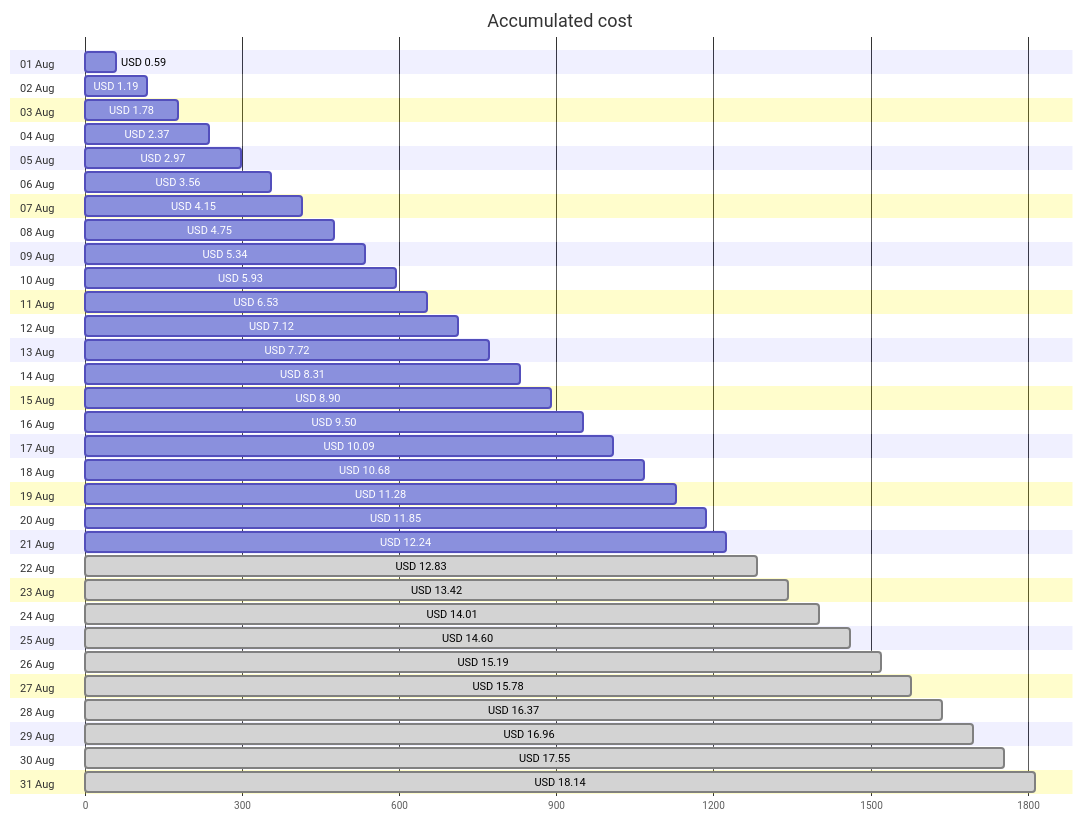
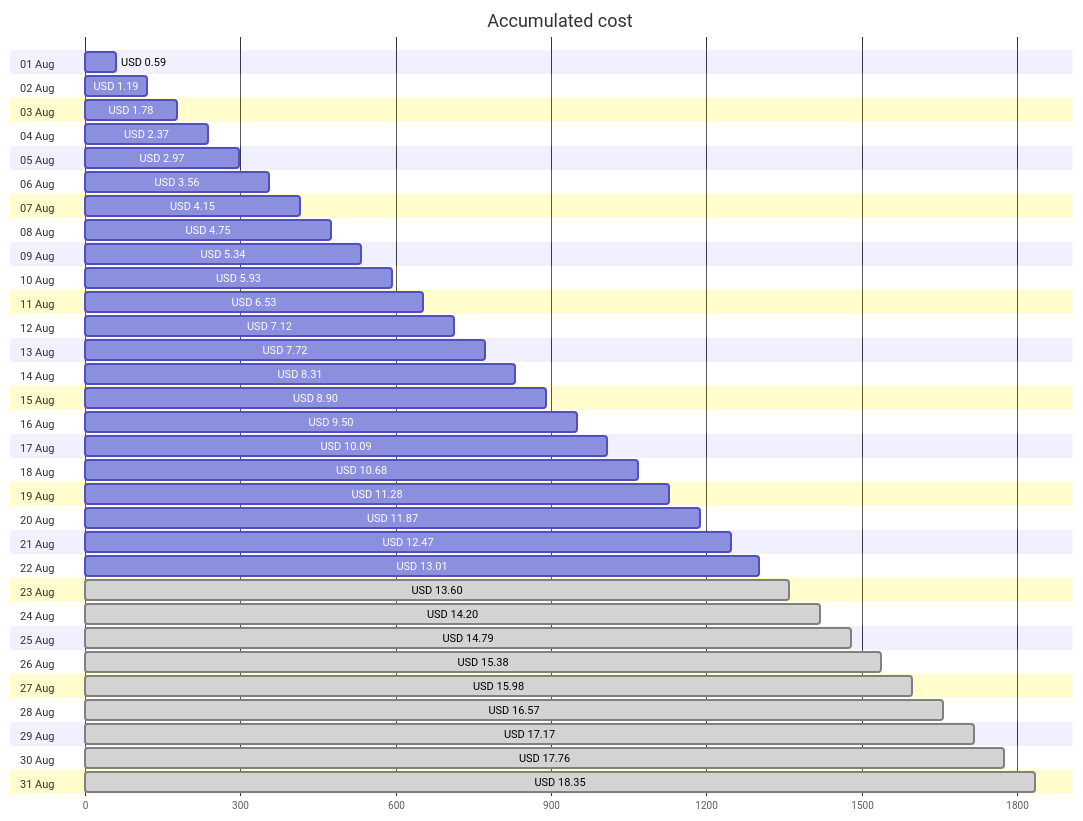
The first of 4 diagrams in cost-reports/personal-site/README.md (jpfulton/azure-personal-reports), drawn with Mermaid before and after one commit. The commit also changed other lines of this file and 6 other files, not shown here.

````diff
--- a/cost-reports/personal-site/README.md
+++ b/cost-reports/personal-site/README.md
@@ -20,68 +20,68 @@
 ```mermaid
 gantt
    title Accumulated cost
    dateFormat  X
    axisFormat %s
    section 01 Aug
    USD 0.59 :0, 59
    section 02 Aug
    USD 1.19 :0, 119
    section 03 Aug
    USD 1.78 :0, 178
    section 04 Aug
    USD 2.37 :0, 237
    section 05 Aug
    USD 2.97 :0, 297
    section 06 Aug
    USD 3.56 :0, 356
    section 07 Aug
    USD 4.15 :0, 415
    section 08 Aug
    USD 4.75 :0, 475
    section 09 Aug
    USD 5.34 :0, 534
    section 10 Aug
    USD 5.93 :0, 593
    section 11 Aug
    USD 6.53 :0, 653
    section 12 Aug
    USD 7.12 :0, 712
    section 13 Aug
    USD 7.72 :0, 772
    section 14 Aug
    USD 8.31 :0, 831
    section 15 Aug
    USD 8.90 :0, 890
    section 16 Aug
    USD 9.50 :0, 950
    section 17 Aug
    USD 10.09 :0, 1009
    section 18 Aug
    USD 10.68 :0, 1068
    section 19 Aug
    USD 11.28 :0, 1128
    section 20 Aug
-   USD 11.85 :0, 1185
+   USD 11.87 :0, 1187
    section 21 Aug
-   USD 12.24 :0, 1224
+   USD 12.47 :0, 1247
    section 22 Aug
-   USD 12.83 : done, 0, 1283
+   USD 13.01 :0, 1301
    section 23 Aug
-   USD 13.42 : done, 0, 1342
+   USD 13.60 : done, 0, 1360
    section 24 Aug
-   USD 14.01 : done, 0, 1401
+   USD 14.20 : done, 0, 1420
    section 25 Aug
-   USD 14.60 : done, 0, 1460
+   USD 14.79 : done, 0, 1479
    section 26 Aug
-   USD 15.19 : done, 0, 1519
+   USD 15.38 : done, 0, 1538
    section 27 Aug
-   USD 15.78 : done, 0, 1578
+   USD 15.98 : done, 0, 1598
    section 28 Aug
-   USD 16.37 : done, 0, 1637
+   USD 16.57 : done, 0, 1657
    section 29 Aug
-   USD 16.96 : done, 0, 1696
+   USD 17.17 : done, 0, 1717
    section 30 Aug
-   USD 17.55 : done, 0, 1755
+   USD 17.76 : done, 0, 1776
    section 31 Aug
-   USD 18.14 : done, 0, 1814
+   USD 18.35 : done, 0, 1835
 ```
````
